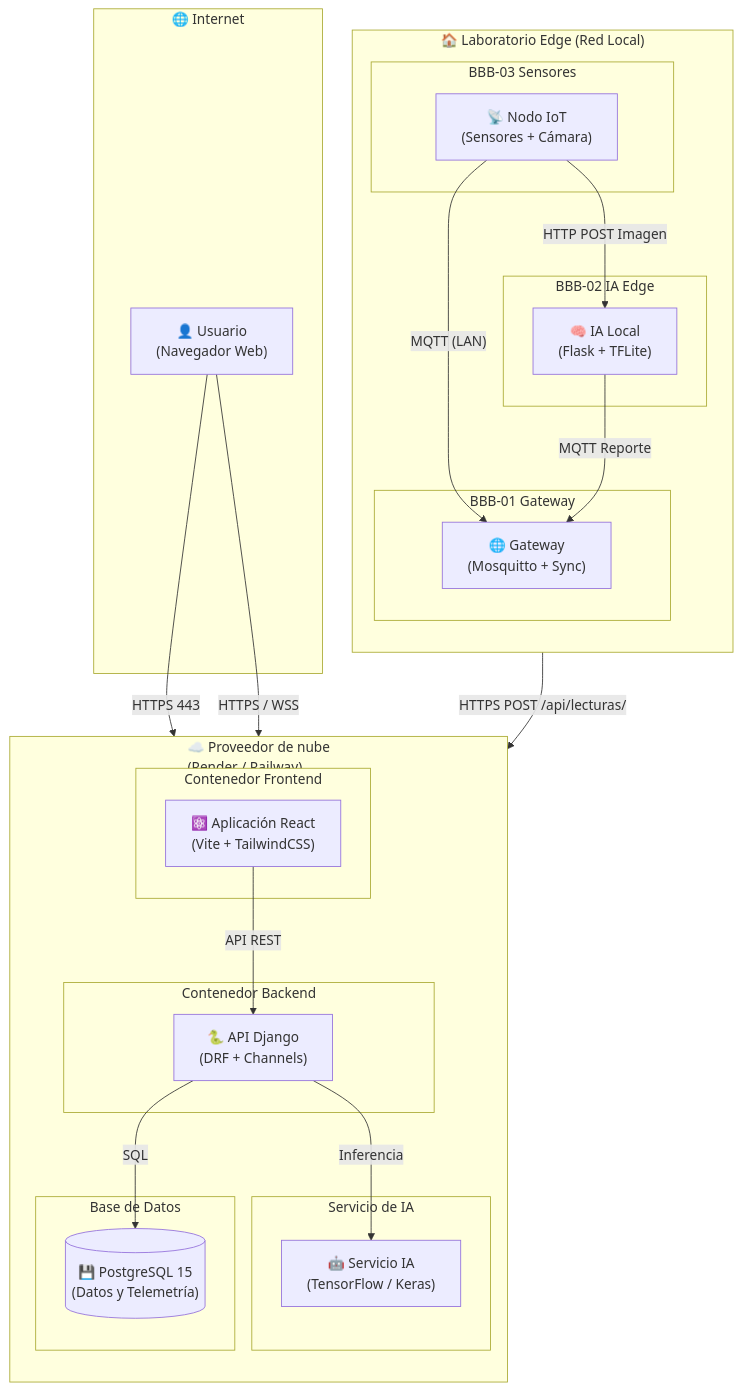
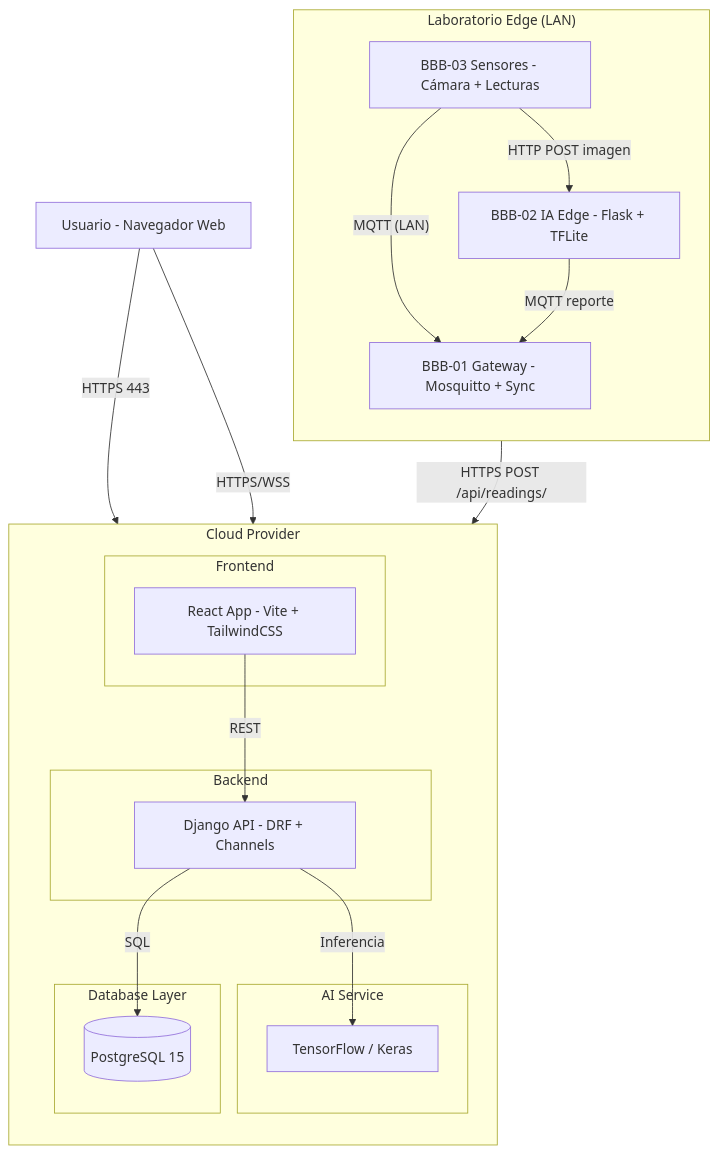
One commit to badolgm/sigcTiArural changed the second of 2 diagrams in README.md. Above: the diagram before and after it, drawn with Mermaid. The commit also changed other lines of this file and 2 other files, not shown here.

Commit message:
docs: README definitivo + banner SVG; enlaces externos; Mermaid estable; .gitignore refinado

````diff
--- a/README.md
+++ b/README.md
@@ -153,68 +115,39 @@
 ```mermaid
-graph TB
+%%{init: {'flowchart': {'htmlLabels': true, 'useMaxWidth': true}} }%%
+flowchart TB
 
-%% =====================
-%% Internet
-%% =====================
-subgraph INTERNET["🌐 Internet"]
-    Usuario["👤 Usuario<br/>(Navegador Web)"]
+U["Usuario - Navegador Web"]
+
+subgraph CLOUD["Cloud Provider"]
+  direction TB
+  subgraph FRONTEND["Frontend"]
+    FE["React App - Vite + TailwindCSS"]
+  end
+  subgraph BACKEND["Backend"]
+    API["Django API - DRF + Channels"]
+  end
+  subgraph AI_SVC["AI Service"]
+    AIS["TensorFlow / Keras"]
+  end
+  subgraph DB_LAYER["Database Layer"]
+    DB[("PostgreSQL 15")]
+  end
+  FE -->|"REST"| API
+  API -->|"SQL"| DB
+  API -->|"Inferencia"| AIS
 end
 
-%% =====================
-%% Nube
-%% =====================
-subgraph CLOUD["☁️ Proveedor de nube<br/>(Render / Railway)"]
-    direction TB
-
-    subgraph FRONTEND["Contenedor Frontend"]
-        WebApp["⚛️ Aplicación React<br/>(Vite + TailwindCSS)"]
-    end
-
-    subgraph BACKEND["Contenedor Backend"]
-        API["🐍 API Django<br/>(DRF + Channels)"]
-    end
-
-    subgraph IA_CLOUD["Servicio de IA"]
-        IAService["🤖 Servicio IA<br/>(TensorFlow / Keras)"]
-    end
-
-    subgraph DATABASE["Base de Datos"]
-        DB[("💾 PostgreSQL 15<br/>(Datos y Telemetría)")]
-    end
-
-    WebApp -->|"API REST"| API
-    API -->|"SQL"| DB
-    API -->|"Inferencia"| IAService
+subgraph EDGE["Laboratorio Edge (LAN)"]
+  direction TB
+  GW["BBB-01 Gateway - Mosquitto + Sync"]
+  IA["BBB-02 IA Edge - Flask + TFLite"]
+  IOT["BBB-03 Sensores - Cámara + Lecturas"]
+  IOT -->|"MQTT (LAN)"| GW
+  IOT -->|"HTTP POST imagen"| IA
+  IA  -->|"MQTT reporte"| GW
 end
 
-%% =====================
-%% Edge / Laboratorio
-%% =====================
-subgraph EDGE["🏠 Laboratorio Edge (Red Local)"]
-    direction TB
-
-    subgraph BBB_GW["BBB-01 Gateway"]
-        GW["🌐 Gateway<br/>(Mosquitto + Sync)"]
-    end
-
-    subgraph BBB_IA["BBB-02 IA Edge"]
-        IAEdge["🧠 IA Local<br/>(Flask + TFLite)"]
-    end
-
-    subgraph BBB_IOT["BBB-03 Sensores"]
-        IoT["📡 Nodo IoT<br/>(Sensores + Cámara)"]
-    end
-
-    IoT -->|"MQTT (LAN)"| GW
-    IoT -->|"HTTP POST Imagen"| IAEdge
-    IAEdge -->|"MQTT Reporte"| GW
-end
-
-%% =====================
-%% Conexiones globales
-%% =====================
-Usuario -->|"HTTPS 443"| WebApp
-Usuario -->|"HTTPS / WSS"| API
-GW -->|"HTTPS POST /api/lecturas/"| API
-
+U  -->|"HTTPS 443"| FE
+U  -->|"HTTPS/WSS"| API
+GW -->|"HTTPS POST /api/readings/"| API
 ```
````
